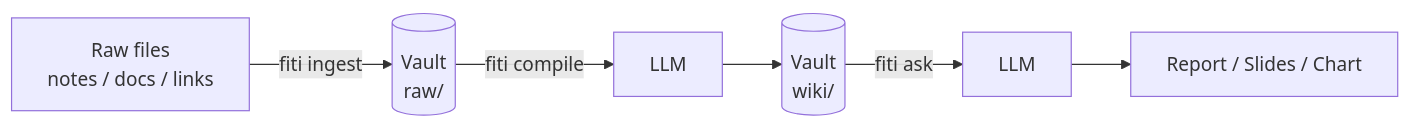
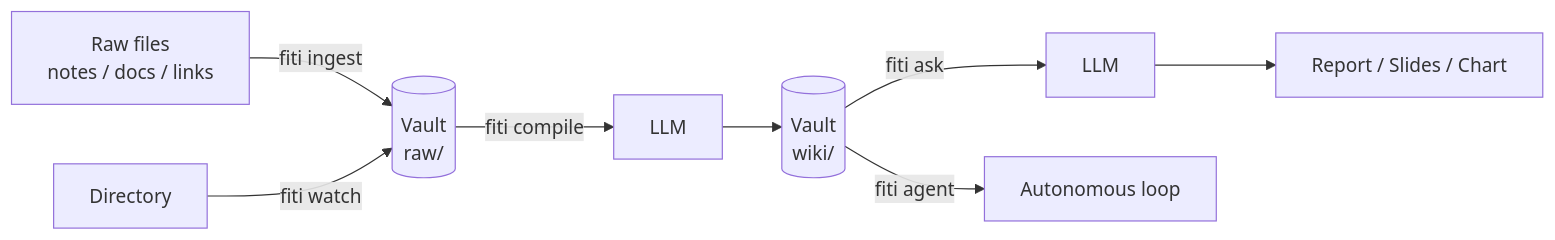
Before and after one commit to kennethkabogo/fiti-agent: the first of 4 diagrams in README.md, drawn with Mermaid. The commit also changed other lines of this file, not shown here.

````diff
--- a/README.md
+++ b/README.md
@@ -11,8 +11,10 @@
 ```mermaid
 flowchart LR
     A[Raw files\nnotes / docs / links] -->|fiti ingest| B[(Vault\nraw/)]
     B -->|fiti compile| C[LLM]
     C --> D[(Vault\nwiki/)]
     D -->|fiti ask| E[LLM]
     E --> F[Report / Slides / Chart]
+    D -->|fiti agent| G[Autonomous loop]
+    H[Directory] -->|fiti watch| B
 ```
````
